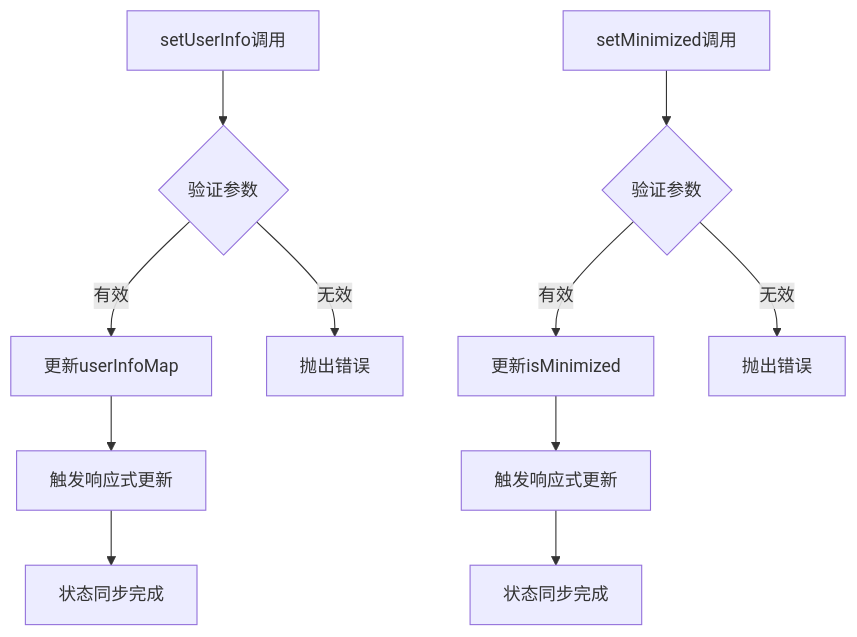
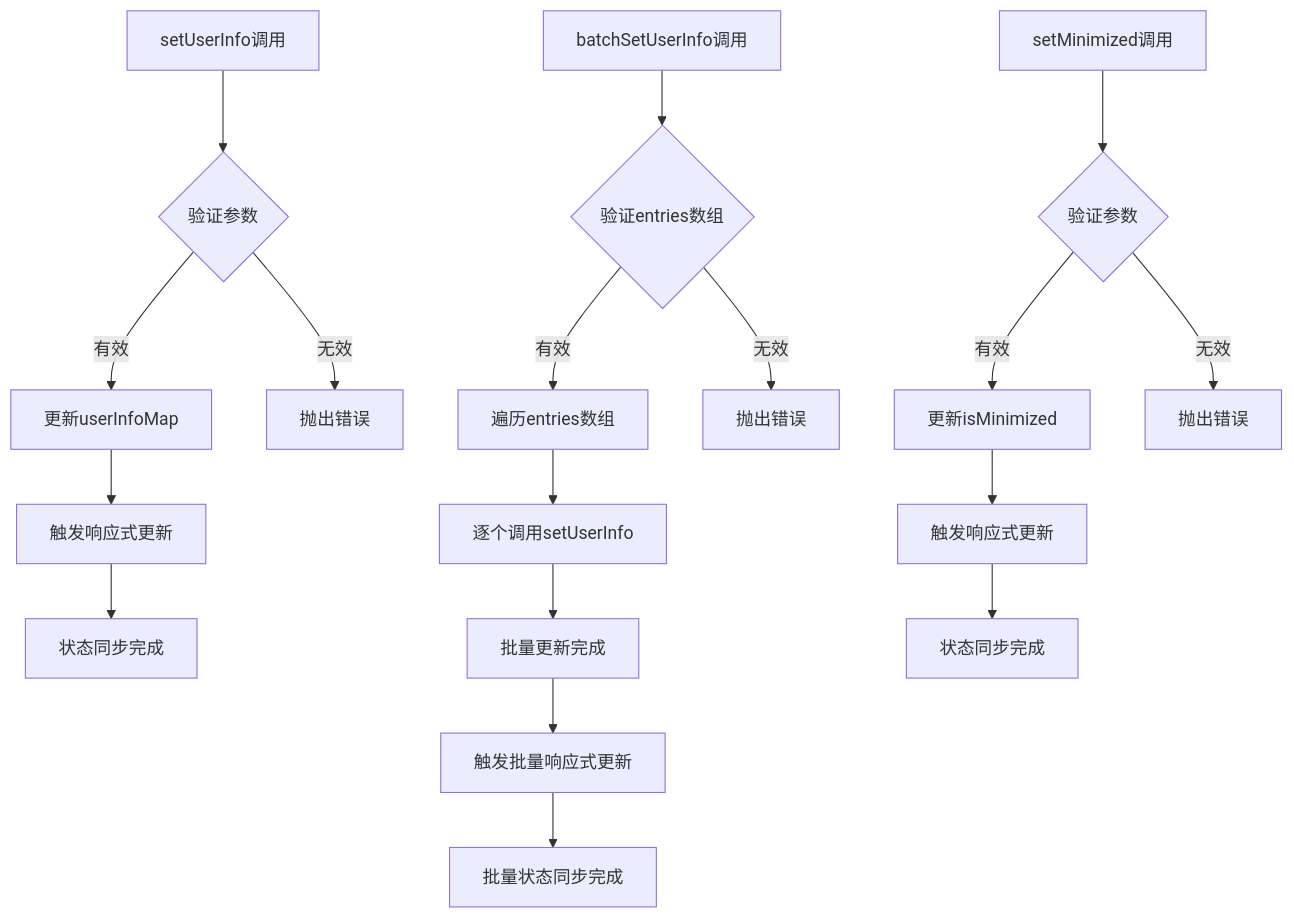
Before and after one commit to Easemob-Community/easemob-uikit-callkit-vue3: the fifth of 13 diagrams in .qoder/repowiki/zh/content/状态管理/GlobalCallStore 全局通话状态.md, drawn with Mermaid. The commit also changed other lines of this file and 15 other files, not shown here.

````diff
--- a/.qoder/repowiki/zh/content/状态管理/GlobalCallStore 全局通话状态.md
+++ b/.qoder/repowiki/zh/content/状态管理/GlobalCallStore 全局通话状态.md
@@ -262,13 +300,20 @@
 ```mermaid
 flowchart TD
 A[setUserInfo调用] --> B{验证参数}
 B --> |有效| C[更新userInfoMap]
 B --> |无效| D[抛出错误]
 C --> E[触发响应式更新]
 E --> F[状态同步完成]
-G[setMinimized调用] --> H{验证参数}
-H --> |有效| I[更新isMinimized]
-H --> |无效| J[抛出错误]
-I --> K[触发响应式更新]
-K --> L[状态同步完成]
+G[batchSetUserInfo调用] --> H{验证entries数组}
+H --> |有效| I[遍历entries数组]
+I --> J[逐个调用setUserInfo]
+J --> K[批量更新完成]
+H --> |无效| L[抛出错误]
+K --> M[触发批量响应式更新]
+M --> N[批量状态同步完成]
+O[setMinimized调用] --> P{验证参数}
+P --> |有效| Q[更新isMinimized]
+P --> |无效| R[抛出错误]
+Q --> S[触发响应式更新]
+S --> T[状态同步完成]
 ```
````
